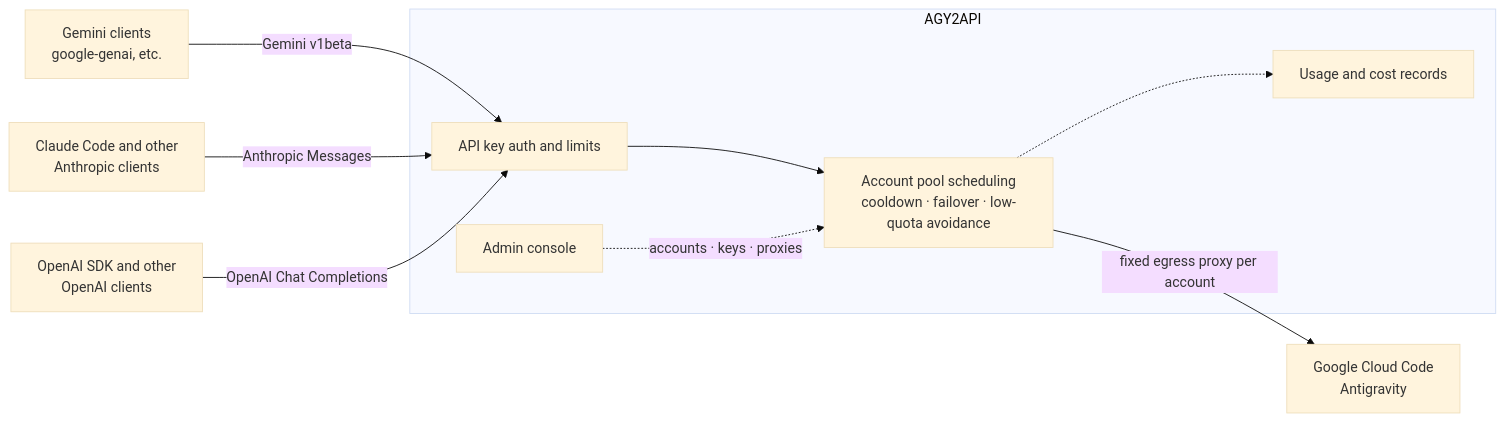
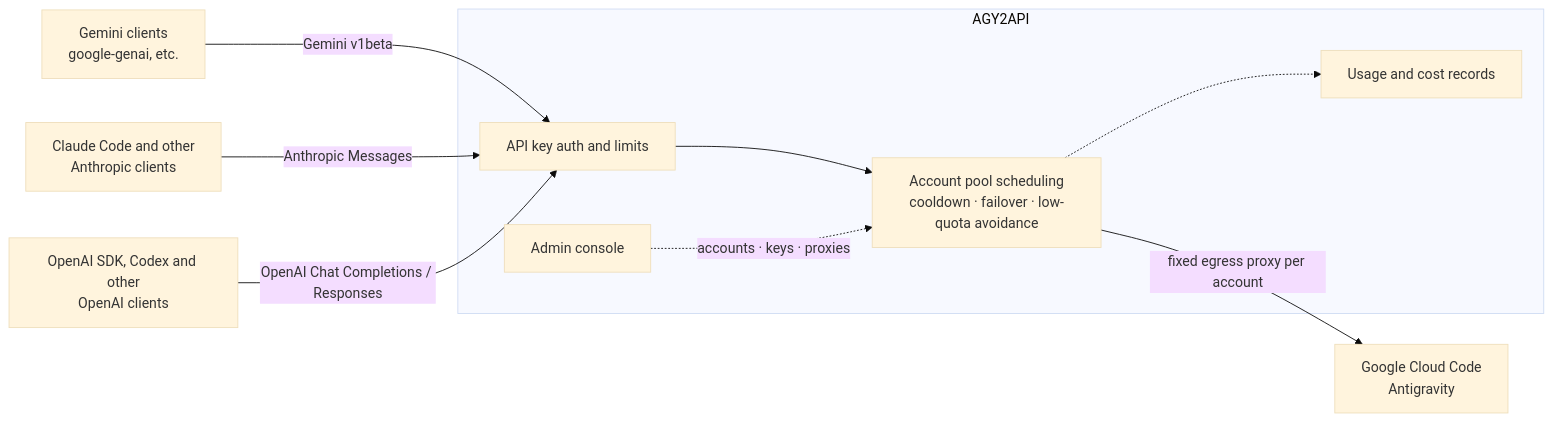
The diagram in README_EN.md (shiceai/agy2api), drawn with Mermaid (base theme) before and after one commit. The commit also changed other lines of this file and 26 other files, not shown here.

First line of the commit message:
feat(openai): add OpenAI Responses inbound

````diff
--- a/README_EN.md
+++ b/README_EN.md
@@ -57,12 +57,12 @@
 ```mermaid
 flowchart LR
     client["Gemini clients<br/>google-genai, etc."] -->|Gemini v1beta| auth
     claude["Claude Code and other<br/>Anthropic clients"] -->|Anthropic Messages| auth
-    openai["OpenAI SDK and other<br/>OpenAI clients"] -->|OpenAI Chat Completions| auth
+    openai["OpenAI SDK, Codex and other<br/>OpenAI clients"] -->|OpenAI Chat Completions / Responses| auth
     subgraph gw["AGY2API"]
         auth["API key auth and limits"] --> pool["Account pool scheduling<br/>cooldown · failover · low-quota avoidance"]
         pool -.-> usage["Usage and cost records"]
         admin["Admin console"] -.->|accounts · keys · proxies| pool
     end
     pool -->|fixed egress proxy per account| cc["Google Cloud Code<br/>Antigravity"]
 ```
````
